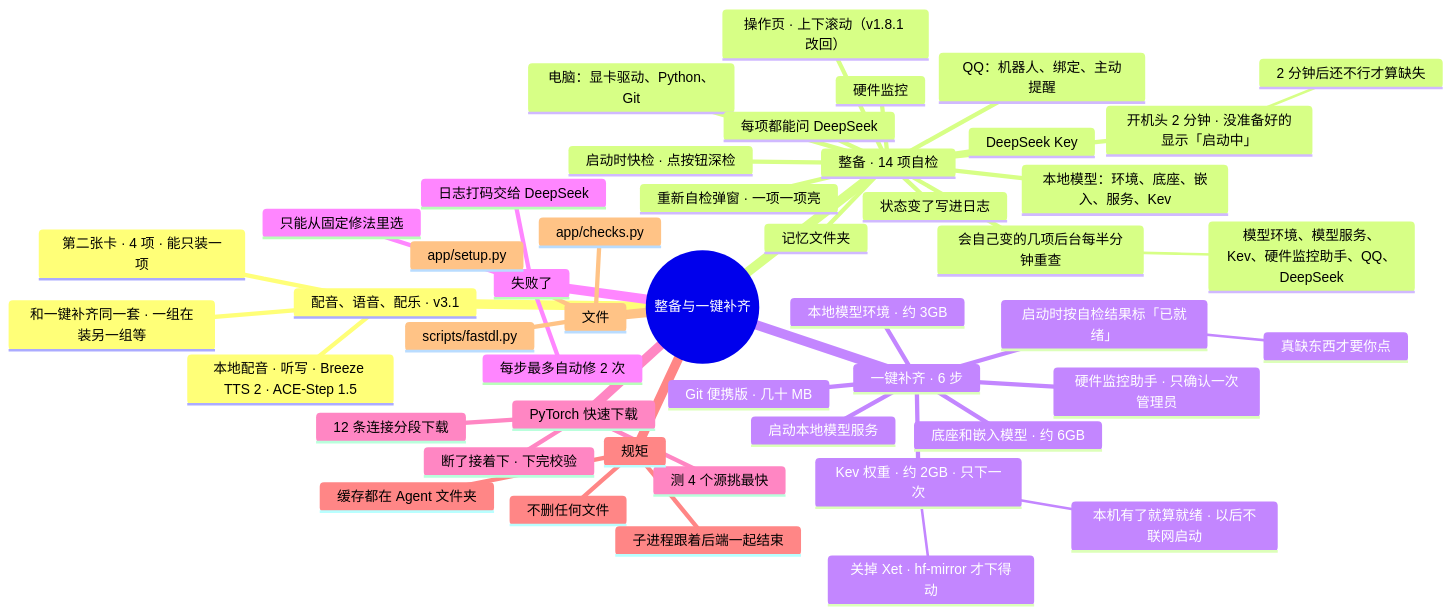
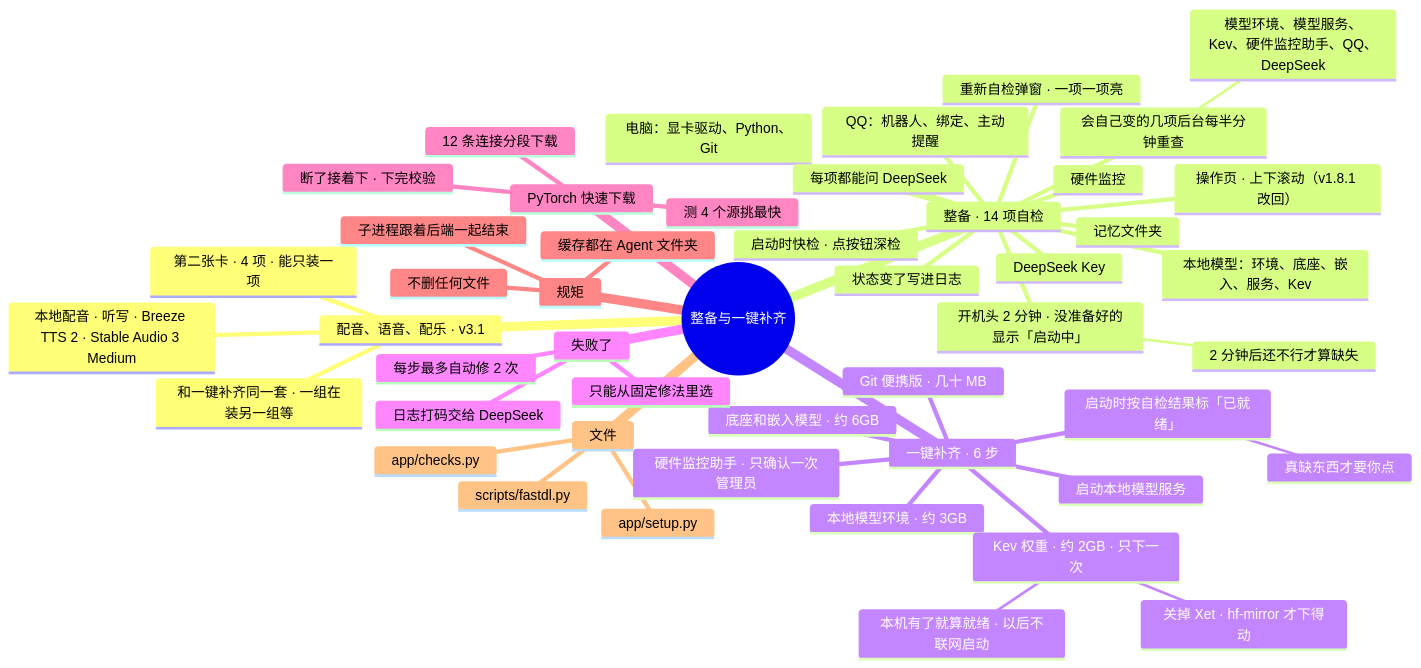
One commit to lql-076/Experiment-Agent-One changed the diagram in docs/AI文档/架构/09-整备与一键补齐.md. Above: the diagram before and after it, drawn with Mermaid. The commit also changed other lines of this file and 72 other files, not shown here.

Commit message:
v3.4.0：配乐换用 Stable Audio 3.0 Medium；打通 Claude Code 交互窗口与语音朗读按钮；新增 Git 安全同步与交接日志

````diff
--- a/docs/AI文档/架构/09-整备与一键补齐.md
+++ b/docs/AI文档/架构/09-整备与一键补齐.md
@@ -9,53 +9,53 @@
 ```mermaid
 mindmap
   root((整备与一键补齐))
     配音、语音、配乐 · v3.1
       第二张卡 · 4 项 · 能只装一项
-      本地配音 · 听写 · Breeze TTS 2 · ACE-Step 1.5
+      本地配音 · 听写 · Breeze TTS 2 · Stable Audio 3 Medium
       和一键补齐同一套 · 一组在装另一组等
     整备 · 14 项自检
       电脑：显卡驱动、Python、Git
       本地模型：环境、底座、嵌入、服务、Kev
       硬件监控
       DeepSeek Key
       QQ：机器人、绑定、主动提醒
       记忆文件夹
       启动时快检 · 点按钮深检
       重新自检弹窗 · 一项一项亮
       每项都能问 DeepSeek
       操作页 · 上下滚动（v1.8.1 改回）
       会自己变的几项后台每半分钟重查
         模型环境、模型服务、Kev、硬件监控助手、QQ、DeepSeek
       开机头 2 分钟 · 没准备好的显示「启动中」
         2 分钟后还不行才算缺失
       状态变了写进日志
     一键补齐 · 6 步
       启动时按自检结果标「已就绪」
         真缺东西才要你点
       Git 便携版 · 几十 MB
       本地模型环境 · 约 3GB
       底座和嵌入模型 · 约 6GB
       启动本地模型服务
       :::svc-model
       Kev 权重 · 约 2GB · 只下一次
         关掉 Xet · hf-mirror 才下得动
         本机有了就算就绪 · 以后不联网启动
       硬件监控助手 · 只确认一次管理员
       :::svc-hw
     失败了
       日志打码交给 DeepSeek
       只能从固定修法里选
       每步最多自动修 2 次
     PyTorch 快速下载
       测 4 个源挑最快
       12 条连接分段下载
       断了接着下 · 下完校验
     规矩
       不删任何文件
       缓存都在 Agent 文件夹
       子进程跟着后端一起结束
     文件
       app/checks.py
       app/setup.py
       scripts/fastdl.py
 ```
````
